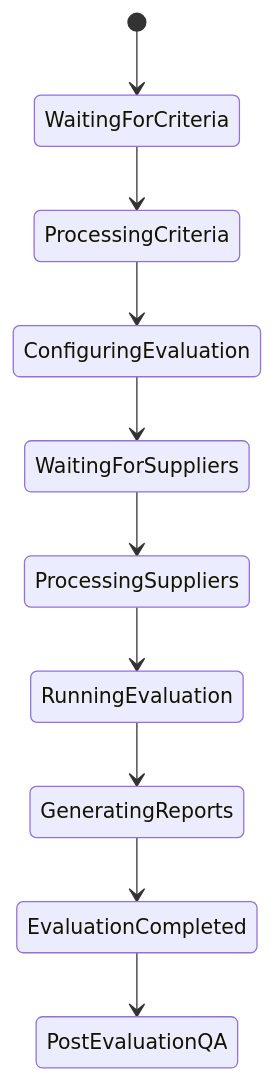
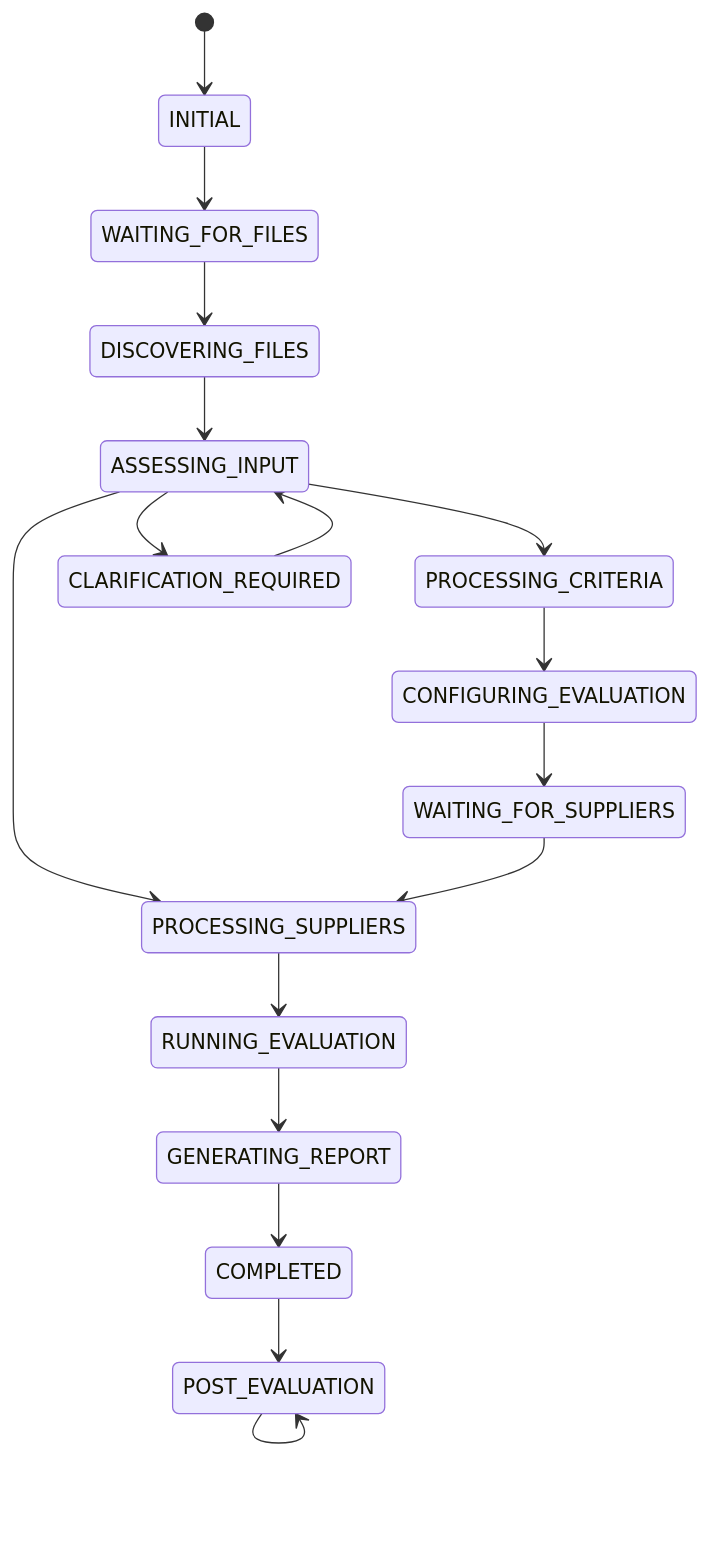
The third of 3 diagrams in Bid Analysis Agent/04-System-Architecture.md (adityarane-ai/Agentic-Orchestrations), drawn with Mermaid before and after one commit. The commit also changed other lines of this file, not shown here.

Commit message:
Revise system architecture for flexible Excel intake

````diff
--- a/Bid Analysis Agent/04-System-Architecture.md
+++ b/Bid Analysis Agent/04-System-Architecture.md
@@ -466,21 +362,20 @@
 ```mermaid
 stateDiagram-v2
 
-[*] --> WaitingForCriteria
-
-WaitingForCriteria --> ProcessingCriteria
-
-ProcessingCriteria --> ConfiguringEvaluation
-
-ConfiguringEvaluation --> WaitingForSuppliers
-
-WaitingForSuppliers --> ProcessingSuppliers
-
-ProcessingSuppliers --> RunningEvaluation
-
-RunningEvaluation --> GeneratingReports
-
-GeneratingReports --> EvaluationCompleted
-
-EvaluationCompleted --> PostEvaluationQA
+[*] --> INITIAL
+INITIAL --> WAITING_FOR_FILES
+WAITING_FOR_FILES --> DISCOVERING_FILES
+DISCOVERING_FILES --> ASSESSING_INPUT
+ASSESSING_INPUT --> PROCESSING_CRITERIA
+ASSESSING_INPUT --> PROCESSING_SUPPLIERS
+ASSESSING_INPUT --> CLARIFICATION_REQUIRED
+CLARIFICATION_REQUIRED --> ASSESSING_INPUT
+PROCESSING_CRITERIA --> CONFIGURING_EVALUATION
+CONFIGURING_EVALUATION --> WAITING_FOR_SUPPLIERS
+WAITING_FOR_SUPPLIERS --> PROCESSING_SUPPLIERS
+PROCESSING_SUPPLIERS --> RUNNING_EVALUATION
+RUNNING_EVALUATION --> GENERATING_REPORT
+GENERATING_REPORT --> COMPLETED
+COMPLETED --> POST_EVALUATION
+POST_EVALUATION --> POST_EVALUATION
 ```
````
